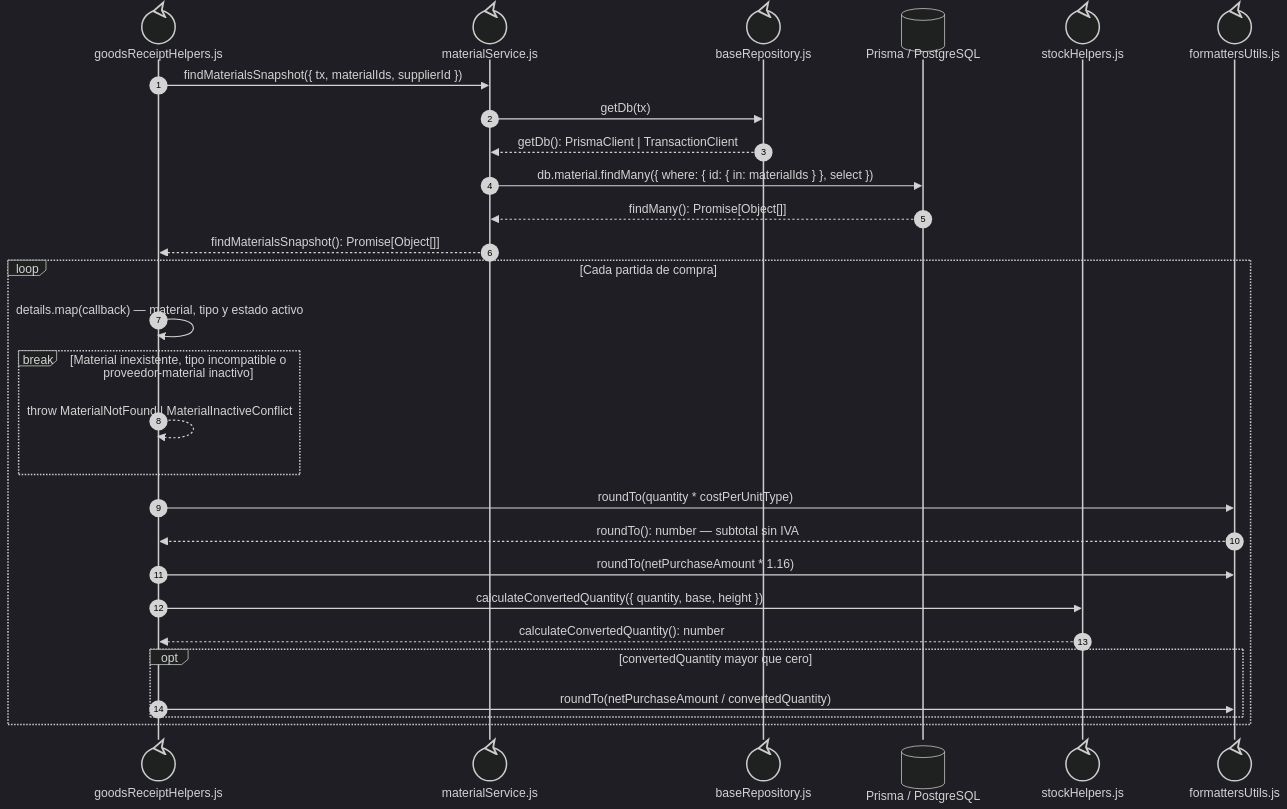
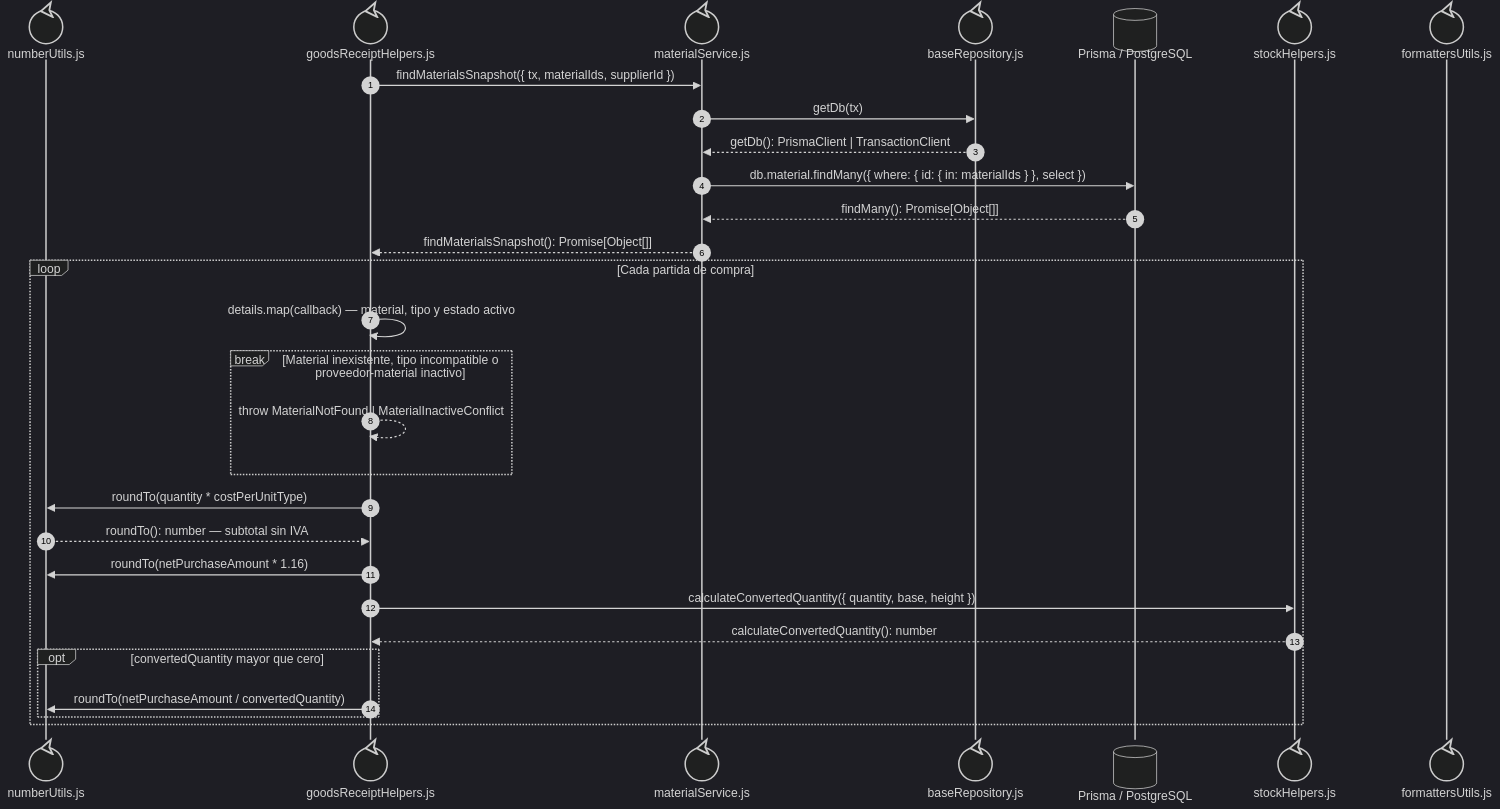
The sixth of 8 diagrams in docs/architecture/views/processes/backend-code-sequences/purchases/cu-ent-02.md (gpgsistemas01/nexus), drawn with Mermaid (dark theme) before and after one commit. The commit also changed other lines of this file and 240 other files, not shown here.

````diff
--- a/docs/architecture/views/processes/backend-code-sequences/purchases/cu-ent-02.md
+++ b/docs/architecture/views/processes/backend-code-sequences/purchases/cu-ent-02.md
@@ -247,31 +248,32 @@
 ```mermaid
 sequenceDiagram
+    participant Numbers@{ "type": "control" } as numberUtils.js
     autonumber
     participant Helpers@{ "type": "control" } as goodsReceiptHelpers.js
     participant Materials@{ "type": "control" } as materialService.js
     participant FileBaseRepository@{ "type": "control" } as baseRepository.js
     participant Prisma@{ "type": "database" } as Prisma / PostgreSQL
     participant Conversion@{ "type": "control" } as stockHelpers.js
     participant Formatter@{ "type": "control" } as formattersUtils.js
 
     Helpers->>Materials: findMaterialsSnapshot({ tx, materialIds, supplierId })
     Materials->>FileBaseRepository: getDb(tx)
     FileBaseRepository-->>Materials: getDb(): PrismaClient | TransactionClient
     Materials->>Prisma: db.material.findMany({ where: { id: { in: materialIds } }, select })
     Prisma-->>Materials: findMany(): Promise[Object[]]
     Materials-->>Helpers: findMaterialsSnapshot(): Promise[Object[]]
     loop Cada partida de compra
         Helpers->>Helpers: details.map(callback) — material, tipo y estado activo
         break Material inexistente, tipo incompatible o proveedor-material inactivo
             Helpers-->>Helpers: throw MaterialNotFound | MaterialInactiveConflict
         end
-        Helpers->>Formatter: roundTo(quantity * costPerUnitType)
-        Formatter-->>Helpers: roundTo(): number — subtotal sin IVA
-        Helpers->>Formatter: roundTo(netPurchaseAmount * 1.16)
+        Helpers->>Numbers: roundTo(quantity * costPerUnitType)
+        Numbers-->>Helpers: roundTo(): number — subtotal sin IVA
+        Helpers->>Numbers: roundTo(netPurchaseAmount * 1.16)
         Helpers->>Conversion: calculateConvertedQuantity({ quantity, base, height })
         Conversion-->>Helpers: calculateConvertedQuantity(): number
         opt convertedQuantity mayor que cero
-            Helpers->>Formatter: roundTo(netPurchaseAmount / convertedQuantity)
+            Helpers->>Numbers: roundTo(netPurchaseAmount / convertedQuantity)
         end
     end
 ```
````
